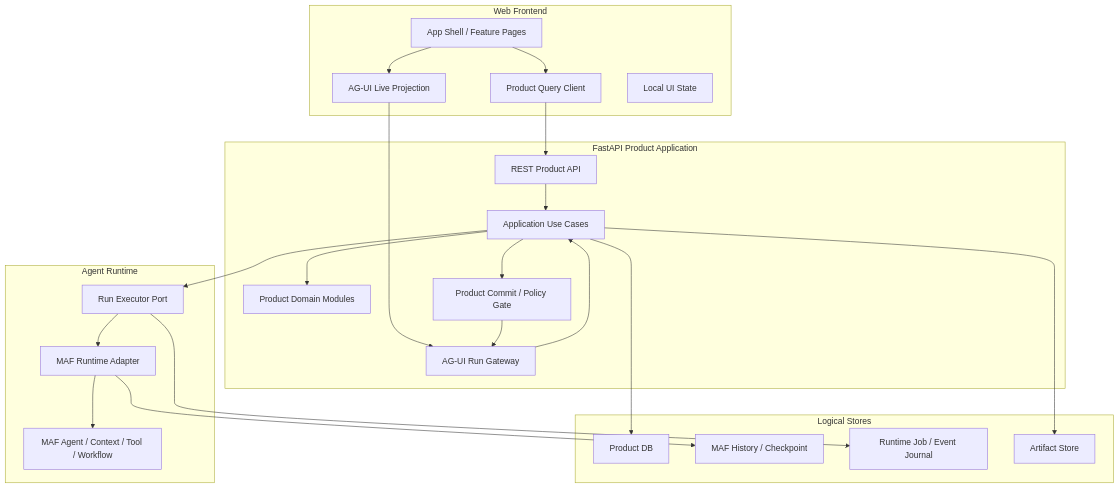
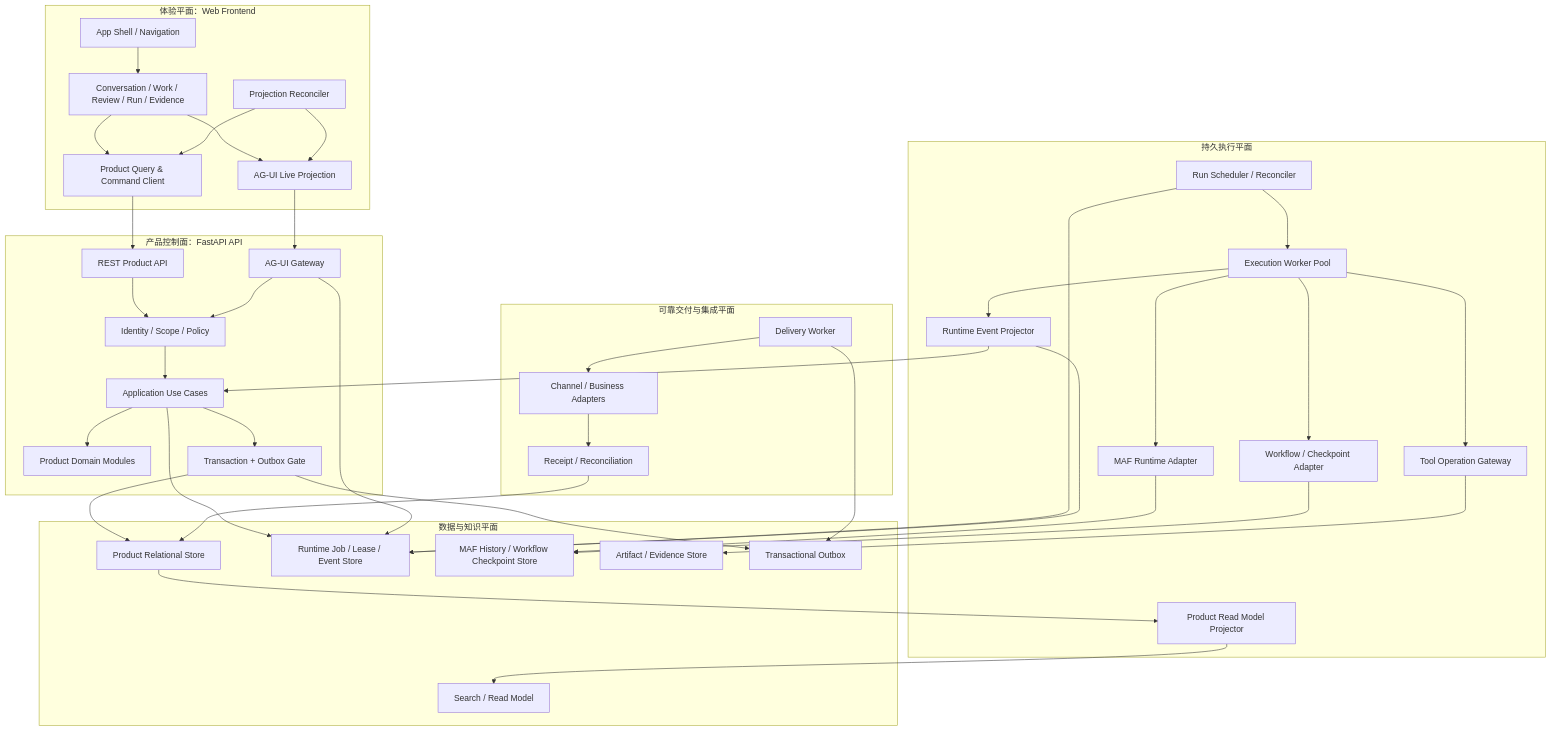
Before and after one commit to later-3/Chat: the second of 2 diagrams in docs/overall-architecture-proposal.md, drawn with Mermaid. The commit also changed other lines of this file and 23 other files, not shown here.

Commit message:
docs: establish independent Chat product architecture

````diff
--- a/docs/overall-architecture-proposal.md
+++ b/docs/overall-architecture-proposal.md
@@ -66,47 +86,78 @@
 ```mermaid
 flowchart TB
-    subgraph FE["Web Frontend"]
-      Shell["App Shell / Feature Pages"]
-      Query["Product Query Client"]
-      Live["AG-UI Live Projection"]
-      UIState["Local UI State"]
+    subgraph FE["体验平面：Web Frontend"]
+      SHELL["App Shell / Navigation"]
+      FEATURES["Conversation / Work / Review / Run / Evidence"]
+      PQ["Product Query & Command Client"]
+      LIVE["AG-UI Live Projection"]
+      RECON["Projection Reconciler"]
     end
 
-    subgraph API["FastAPI Product Application"]
+    subgraph CP["产品控制面：FastAPI API"]
       REST["REST Product API"]
-      AGUI["AG-UI Run Gateway"]
+      AG["AG-UI Gateway"]
+      AUTH["Identity / Scope / Policy"]
       APP["Application Use Cases"]
       DOMAIN["Product Domain Modules"]
-      GATE["Product Commit / Policy Gate"]
+      TX["Transaction + Outbox Gate"]
     end
 
-    subgraph RT["Agent Runtime"]
-      EXEC["Run Executor Port"]
+    subgraph EP["持久执行平面"]
+      SCHED["Run Scheduler / Reconciler"]
+      WORKER["Execution Worker Pool"]
       MAF["MAF Runtime Adapter"]
-      AGENT["MAF Agent / Context / Tool / Workflow"]
+      WF["Workflow / Checkpoint Adapter"]
+      TG["Tool Operation Gateway"]
+      PROJECTOR["Runtime Event Projector"]
+      INDEXER["Product Read Model Projector"]
     end
 
-    subgraph STORE["Logical Stores"]
-      PDB["Product DB"]
-      MSTORE["MAF History / Checkpoint"]
-      JSTORE["Runtime Job / Event Journal"]
-      ASTORE["Artifact Store"]
+    subgraph DP["可靠交付与集成平面"]
+      DW["Delivery Worker"]
+      ADAPTERS["Channel / Business Adapters"]
+      RECEIPT["Receipt / Reconciliation"]
     end
 
-    Shell --> Query
-    Shell --> Live
-    Query --> REST
-    Live --> AGUI
-    REST --> APP
-    AGUI --> APP
+    subgraph DS["数据与知识平面"]
+      PDB["Product Relational Store"]
+      RDB["Runtime Job / Lease / Event Store"]
+      MS["MAF History / Workflow Checkpoint Store"]
+      AS["Artifact / Evidence Store"]
+      IDX["Search / Read Model"]
+      OUT["Transactional Outbox"]
+    end
+
+    SHELL --> FEATURES
+    FEATURES --> PQ
+    FEATURES --> LIVE
+    PQ --> REST
+    LIVE --> AG
+    RECON --> PQ
+    RECON --> LIVE
+    REST --> AUTH
+    AG --> AUTH
+    AUTH --> APP
     APP --> DOMAIN
-    APP --> GATE
-    APP --> EXEC
-    EXEC --> MAF
-    MAF --> AGENT
-    APP --> PDB
-    MAF --> MSTORE
-    EXEC --> JSTORE
-    APP --> ASTORE
-    GATE --> AGUI
+    APP --> TX
+    TX --> PDB
+    TX --> OUT
+    APP --> RDB
+    SCHED --> RDB
+    SCHED --> WORKER
+    WORKER --> MAF
+    WORKER --> WF
+    WORKER --> TG
+    MAF --> MS
+    WF --> MS
+    TG --> AS
+    WORKER --> PROJECTOR
+    PROJECTOR --> RDB
+    PROJECTOR --> APP
+    AG --> RDB
+    DW --> OUT
+    DW --> ADAPTERS
+    ADAPTERS --> RECEIPT
+    RECEIPT --> PDB
+    PDB --> INDEXER
+    INDEXER --> IDX
 ```
````
